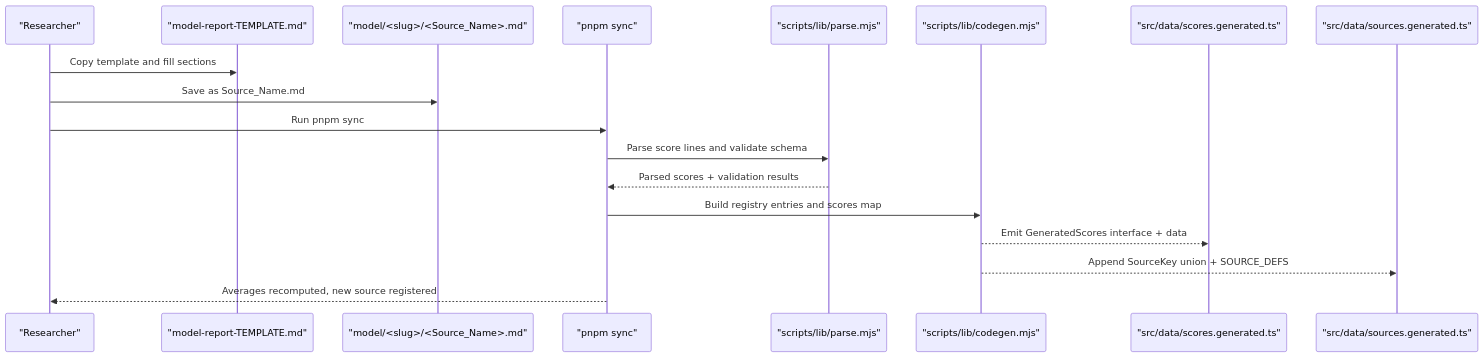
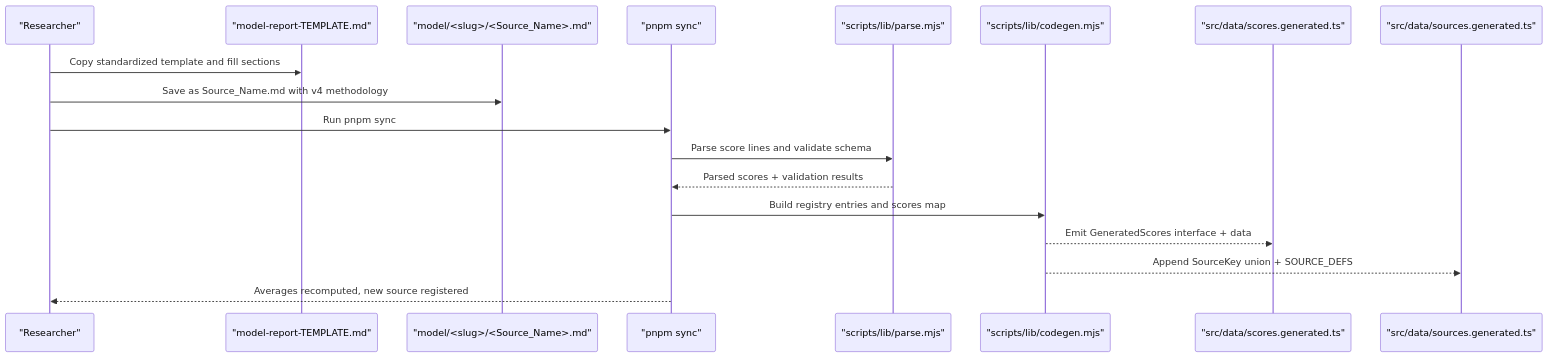
The second of 5 diagrams in .qoder/repowiki/en/content/Model Research & Evaluation/Findings File Format & Structure.md (delirium-dj/modelcomp), drawn with Mermaid before and after one commit. The commit also changed other lines of this file and 147 other files, not shown here.

````diff
--- a/.qoder/repowiki/en/content/Model Research & Evaluation/Findings File Format & Structure.md
+++ b/.qoder/repowiki/en/content/Model Research & Evaluation/Findings File Format & Structure.md
@@ -79,20 +94,20 @@
 ```mermaid
 sequenceDiagram
 participant Researcher as "Researcher"
 participant Template as "model-report-TEMPLATE.md"
 participant Findings as "model/<slug>/<Source_Name>.md"
 participant Sync as "pnpm sync"
 participant Parser as "scripts/lib/parse.mjs"
 participant Codegen as "scripts/lib/codegen.mjs"
 participant Generated as "src/data/scores.generated.ts"
 participant Registry as "src/data/sources.generated.ts"
-Researcher->>Template : Copy template and fill sections
-Researcher->>Findings : Save as Source_Name.md
+Researcher->>Template : Copy standardized template and fill sections
+Researcher->>Findings : Save as Source_Name.md with v4 methodology
 Researcher->>Sync : Run pnpm sync
 Sync->>Parser : Parse score lines and validate schema
 Parser-->>Sync : Parsed scores + validation results
 Sync->>Codegen : Build registry entries and scores map
 Codegen-->>Generated : Emit GeneratedScores interface + data
 Codegen-->>Registry : Append SourceKey union + SOURCE_DEFS
 Sync-->>Researcher : Averages recomputed, new source registered
 ```
````
